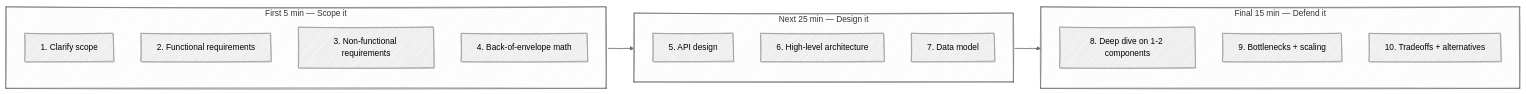
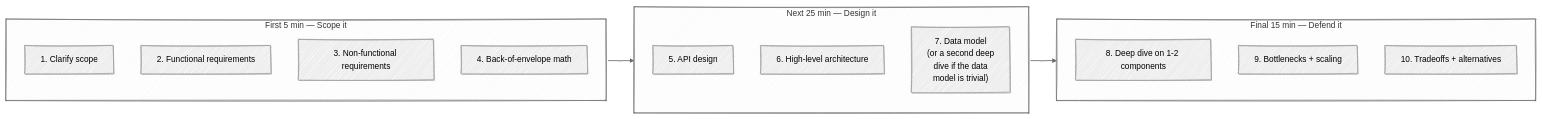
One commit to ichdamola/system-design-mentorship changed the diagram in readme.md. Above: the diagram before and after it, drawn with Mermaid. The commit also changed other lines of this file and 11 other files, not shown here.

````diff
--- a/readme.md
+++ b/readme.md
@@ -16,31 +16,31 @@
 ```mermaid
 ---
 config:
   look: handDrawn
   theme: neutral
 ---
 flowchart LR
     subgraph scope["First 5 min — Scope it"]
         direction TB
         S1["1. Clarify scope"]
         S2["2. Functional requirements"]
         S3["3. Non-functional requirements"]
         S4["4. Back-of-envelope math"]
     end
 
     subgraph design["Next 25 min — Design it"]
         direction TB
         S5["5. API design"]
         S6["6. High-level architecture"]
-        S7["7. Data model"]
+        S7["7. Data model<br/>(or a second deep<br/>dive if the data<br/>model is trivial)"]
     end
 
     subgraph defend["Final 15 min — Defend it"]
         direction TB
         S8["8. Deep dive on 1-2 components"]
         S9["9. Bottlenecks + scaling"]
         S10["10. Tradeoffs + alternatives"]
     end
 
     scope --> design --> defend
 ```
````
